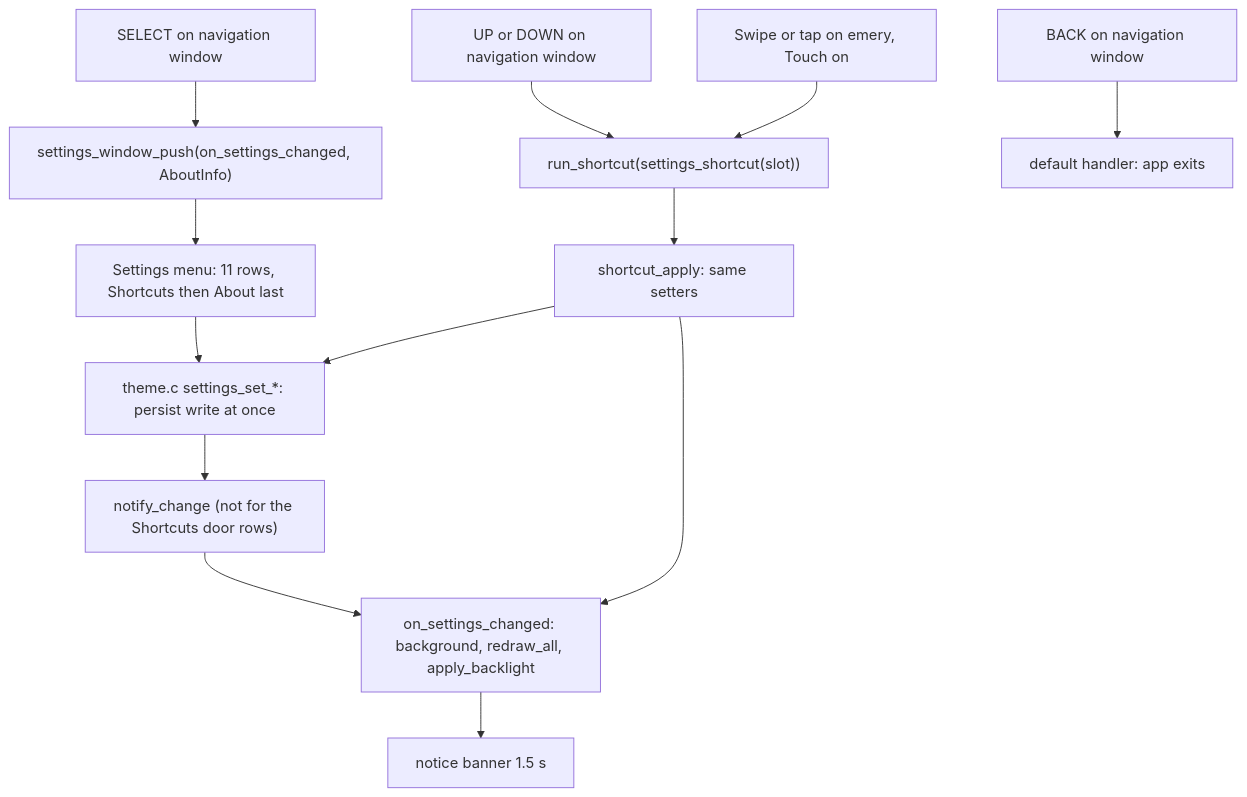
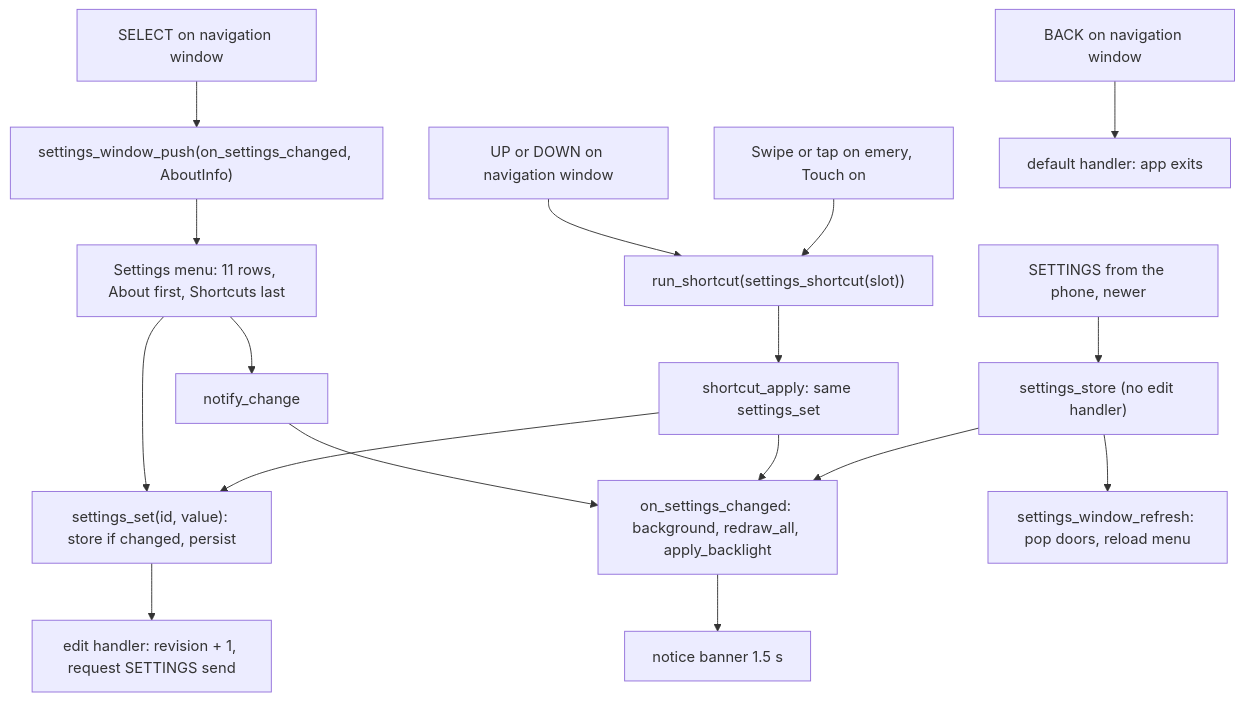
Before and after one commit to optio/PebbleNTN: the eighth of 12 diagrams in aidlc/spaces/default/codekb/PebbleNTN/architecture.md, drawn with Mermaid. The commit also changed other lines of this file and 101 other files, not shown here.

````diff
--- a/aidlc/spaces/default/codekb/PebbleNTN/architecture.md
+++ b/aidlc/spaces/default/codekb/PebbleNTN/architecture.md
@@ -249,15 +259,19 @@
 ```mermaid
 flowchart TD
   SEL["SELECT on navigation window"] --> PUSH["settings_window_push(on_settings_changed, AboutInfo)"]
-  PUSH --> MENU["Settings menu: 11 rows, Shortcuts then About last"]
-  MENU --> SET["theme.c settings_set_*: persist write at once"]
-  SET --> NOTE["notify_change (not for the Shortcuts door rows)"]
+  PUSH --> MENU["Settings menu: 11 rows, About first, Shortcuts last"]
+  MENU --> SET["settings_set(id, value): store if changed, persist"]
+  SET --> EDIT["edit handler: revision + 1, request SETTINGS send"]
+  MENU --> NOTE["notify_change"]
   NOTE --> APPLY["on_settings_changed: background, redraw_all, apply_backlight"]
   UD["UP or DOWN on navigation window"] --> RUN["run_shortcut(settings_shortcut(slot))"]
   T["Swipe or tap on emery, Touch on"] --> RUN
-  RUN --> SA["shortcut_apply: same setters"]
+  RUN --> SA["shortcut_apply: same settings_set"]
   SA --> SET
   SA --> APPLY
   APPLY --> BAN["notice banner 1.5 s"]
+  PH["SETTINGS from the phone, newer"] --> ST["settings_store (no edit handler)"]
+  ST --> APPLY
+  ST --> REF["settings_window_refresh: pop doors, reload menu"]
   BK["BACK on navigation window"] --> EXIT["default handler: app exits"]
 ```
````
